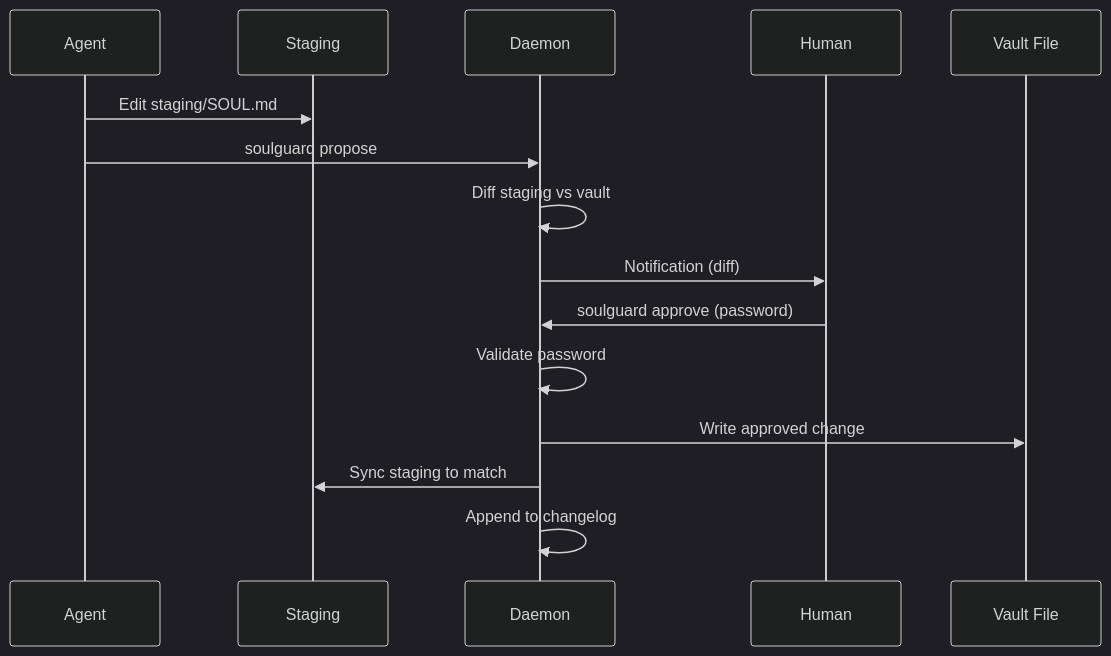
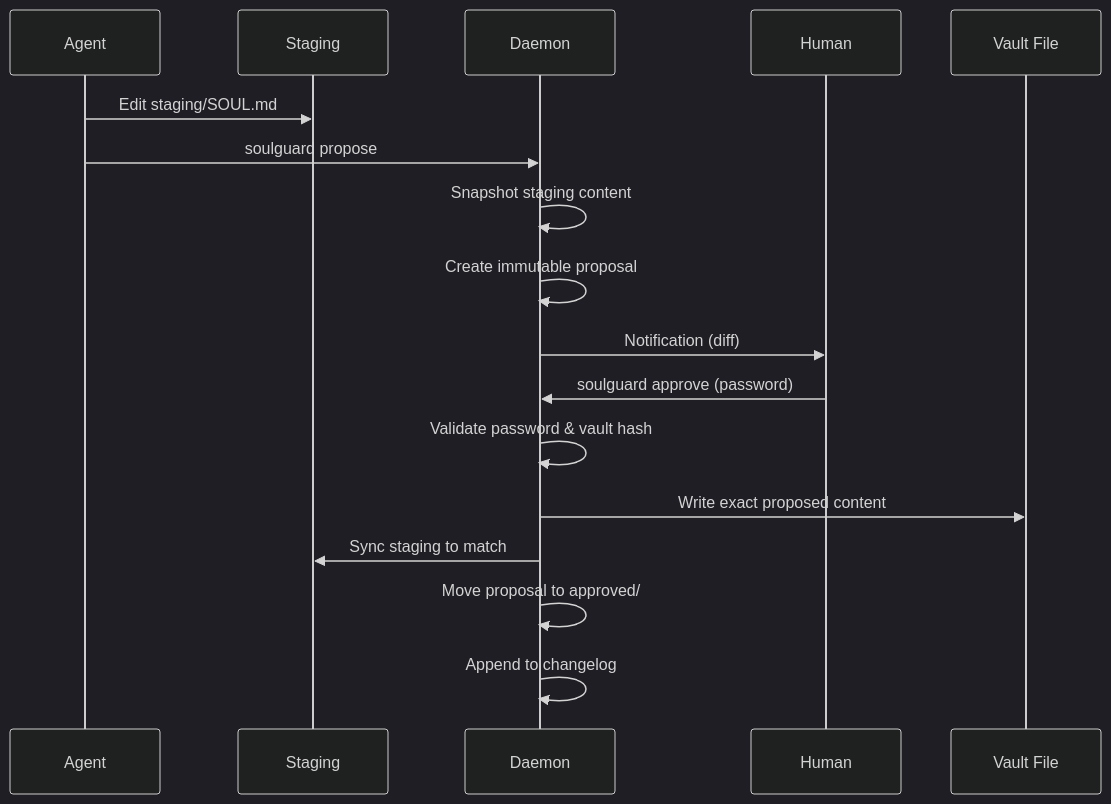
Before and after one commit to Mirascope/soulguard: the third of 4 diagrams in DESIGN.md, drawn with Mermaid (dark theme). The commit also changed other lines of this file and 3 other files, not shown here.

````diff
--- a/DESIGN.md
+++ b/DESIGN.md
@@ -343,18 +390,20 @@
 ```mermaid
 sequenceDiagram
     participant A as Agent
     participant S as Staging
     participant D as Daemon
     participant H as Human
     participant V as Vault File
 
     A->>S: Edit staging/SOUL.md
     A->>D: soulguard propose
-    D->>D: Diff staging vs vault
+    D->>D: Snapshot staging content
+    D->>D: Create immutable proposal
     D->>H: Notification (diff)
     H->>D: soulguard approve (password)
-    D->>D: Validate password
-    D->>V: Write approved change
+    D->>D: Validate password & vault hash
+    D->>V: Write exact proposed content
     D->>S: Sync staging to match
+    D->>D: Move proposal to approved/
     D->>D: Append to changelog
 ```
````
